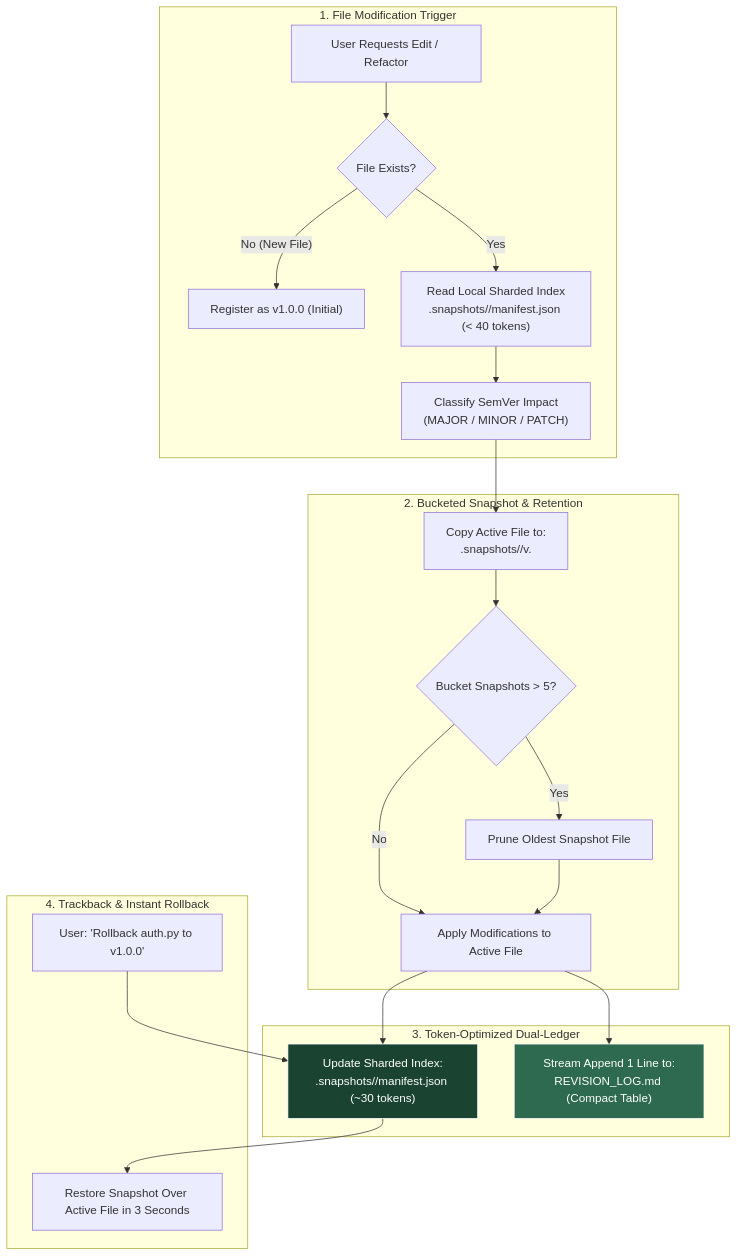
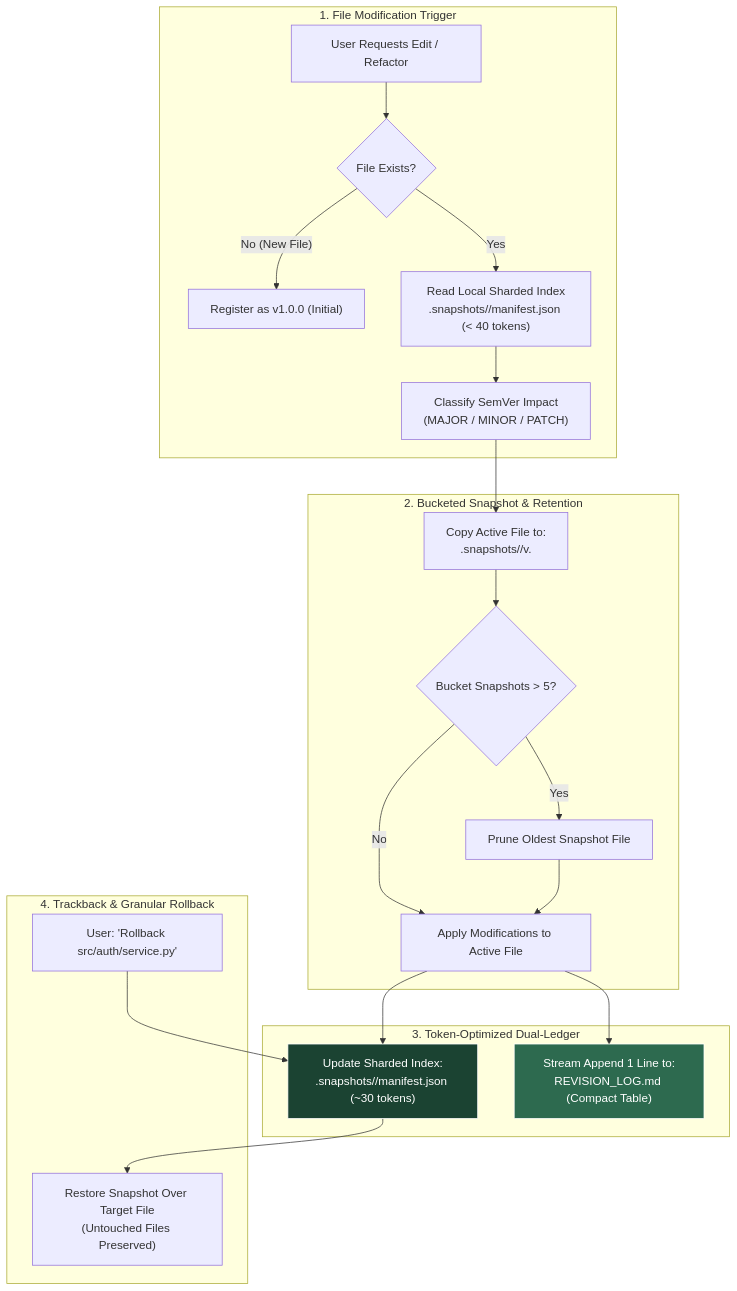
One commit to ainullm/agent-checkpoint changed the first of 3 diagrams in README.md. Above: the diagram before and after it, drawn with Mermaid. The commit also changed other lines of this file and 1 other file, not shown here.

Commit message:
docs: add selective rollback visual comparison diagram and update architecture nodes

````diff
--- a/README.md
+++ b/README.md
@@ -54,30 +54,30 @@
 ```mermaid
 flowchart TD
     subgraph Trigger ["1. File Modification Trigger"]
         A["User Requests Edit / Refactor"] --> B{"File Exists?"}
         B -->|"No (New File)"| C["Register as v1.0.0 (Initial)"]
         B -->|"Yes"| D["Read Local Sharded Index\n.snapshots/<filepath>/manifest.json (< 40 tokens)"]
         D --> E["Classify SemVer Impact\n(MAJOR / MINOR / PATCH)"]
     end
 
     subgraph CoreEngine ["2. Bucketed Snapshot & Retention"]
         E --> F["Copy Active File to:\n.snapshots/<filepath>/v<OLD_VERSION>.<ext>"]
         F --> G{"Bucket Snapshots > 5?"}
         G -->|"Yes"| H["Prune Oldest Snapshot File"]
         G -->|"No"| I["Apply Modifications to Active File"]
         H --> I
     end
 
     subgraph DualLedger ["3. Token-Optimized Dual-Ledger"]
         I --> J["Update Sharded Index:\n.snapshots/<filepath>/manifest.json (~30 tokens)"]
         I --> K["Stream Append 1 Line to:\nREVISION_LOG.md (Compact Table)"]
     end
 
-    subgraph Retrieval ["4. Trackback & Instant Rollback"]
-        L["User: 'Rollback auth.py to v1.0.0'"] --> J
-        J --> M["Restore Snapshot Over Active File in 3 Seconds"]
+    subgraph Retrieval ["4. Trackback & Granular Rollback"]
+        L["User: 'Rollback src/auth/service.py'"] --> J
+        J --> M["Restore Snapshot Over Target File\n(Untouched Files Preserved)"]
     end
 
     style J fill:#1b4332,color:#fff,stroke:#fff
     style K fill:#2d6a4f,color:#fff,stroke:#fff
 ```
````
